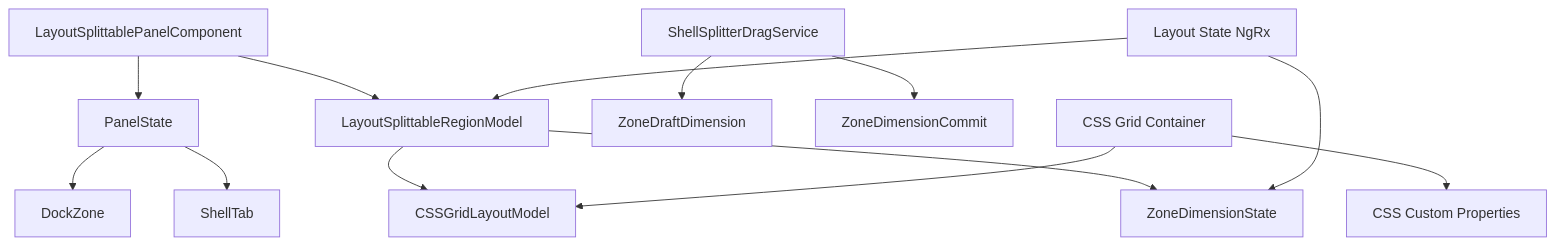
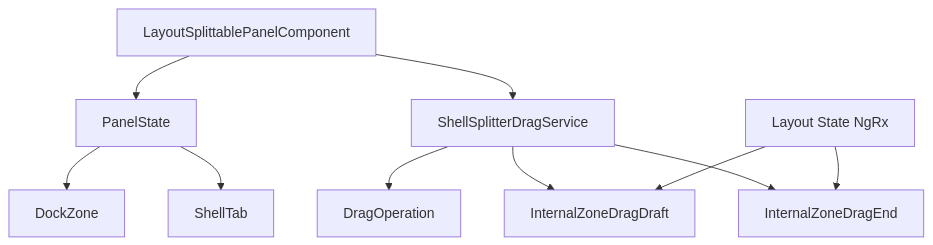
One commit to nelrsf/UI-frame changed the diagram in specs/014-css-grid-dockzone-resize/data-model.md. Above: the diagram before and after it, drawn with Mermaid. The commit also changed other lines of this file and 14 other files, not shown here.

First line of the commit message:
feat: Implement internal zone resizing functionality with CSS grid support

````diff
--- a/specs/014-css-grid-dockzone-resize/data-model.md
+++ b/specs/014-css-grid-dockzone-resize/data-model.md
@@ -95,20 +80,15 @@
 ```mermaid
 graph TD
     A[LayoutSplittablePanelComponent] --> B[PanelState]
-    A --> C[LayoutSplittableRegionModel]
+    A --> C[ShellSplitterDragService]
     
     B --> D[DockZone]
     B --> E[ShellTab]
     
-    C --> F[CSSGridLayoutModel]
-    C --> G[ZoneDimensionState]
+    C --> F[DragOperation]
+    C --> G[InternalZoneDragDraft]
+    C --> H[InternalZoneDragEnd]
     
-    H[ShellSplitterDragService] --> I[ZoneDraftDimension]
-    H --> J[ZoneDimensionCommit]
-    
-    K[Layout State NgRx] --> G
-    K --> C
-    
-    L[CSS Grid Container] --> F
-    L --> M[CSS Custom Properties]
+    I[Layout State NgRx] --> G
+    I --> H
 ```
````
